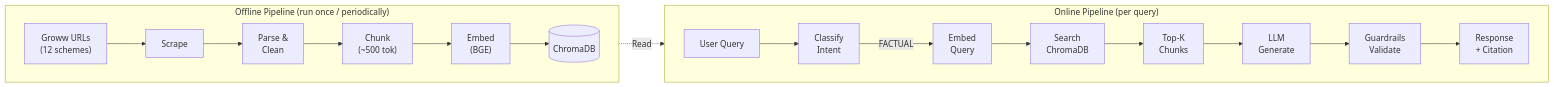
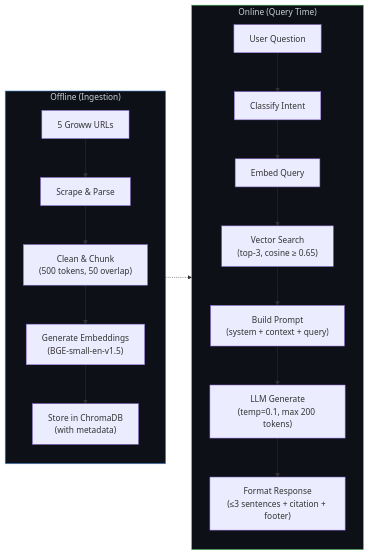
Before and after one commit to PranavKuntewar04/RAG_CHATBOT: the seventh of 7 diagrams in docs/architecture.md, drawn with Mermaid. The commit also changed other lines of this file and 86 other files, not shown here.

````diff
--- a/docs/architecture.md
+++ b/docs/architecture.md
@@ -444,24 +465,25 @@
 ```mermaid
 flowchart LR
-    subgraph OFFLINE["Offline Pipeline (run once / periodically)"]
-        direction LR
-        S1["Groww URLs\n(12 schemes)"] --> S2["Scrape"]
-        S2 --> S3["Parse &\nClean"]
-        S3 --> S4["Chunk\n(~500 tok)"]
-        S4 --> S5["Embed\n(BGE)"]
-        S5 --> S6[("ChromaDB")]
+    subgraph Offline["Offline (Ingestion)"]
+        direction TB
+        A["5 Groww URLs"] --> B["Scrape & Parse"]
+        B --> C["Clean & Chunk\n(500 tokens, 50 overlap)"]
+        C --> D["Generate Embeddings\n(BGE-small-en-v1.5)"]
+        D --> E["Store in ChromaDB\n(with metadata)"]
     end
 
-    subgraph ONLINE["Online Pipeline (per query)"]
-        direction LR
-        Q1["User Query"] --> Q2["Classify\nIntent"]
-        Q2 -->|FACTUAL| Q3["Embed\nQuery"]
-        Q3 --> Q4["Search\nChromaDB"]
-        Q4 --> Q5["Top-K\nChunks"]
-        Q5 --> Q6["LLM\nGenerate"]
-        Q6 --> Q7["Guardrails\nValidate"]
-        Q7 --> Q8["Response\n+ Citation"]
+    subgraph Online["Online (Query Time)"]
+        direction TB
+        F["User Question"] --> G["Classify Intent"]
+        G --> H["Embed Query"]
+        H --> I["Vector Search\n(top-3, cosine ≥ 0.65)"]
+        I --> J["Build Prompt\n(system + context + query)"]
+        J --> K["LLM Generate\n(temp=0.1, max 200 tokens)"]
+        K --> L["Format Response\n(≤3 sentences + citation + footer)"]
     end
 
-    S6 -.->|Read| Q4
+    E -.-> I
+
+    style Offline fill:#0d1117,stroke:#58a6ff,color:#c9d1d9
+    style Online fill:#0d1117,stroke:#3fb950,color:#c9d1d9
 ```
````
